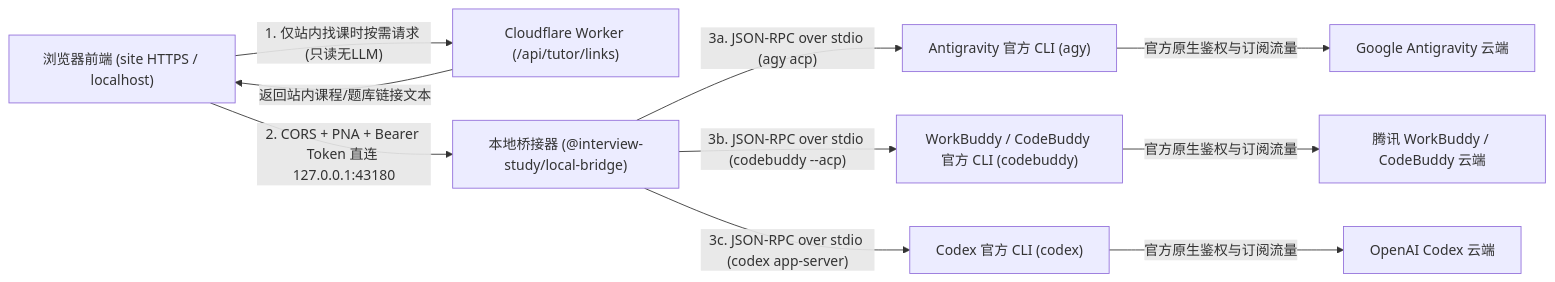
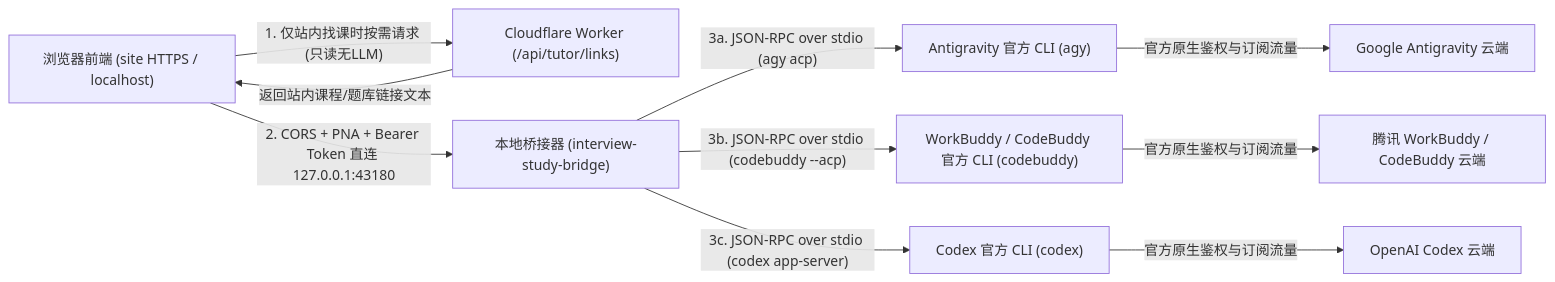
Before and after one commit to Ethan-Wanng/interview-study-room: the diagram in docs/local-agent-bridge-vibe-coding.md, drawn with Mermaid. The commit also changed other lines of this file and 6 other files, not shown here.

Commit message:
feat: publish interview-study-bridge to npm and add connection guide (v2026.11.25-4)

````diff
--- a/docs/local-agent-bridge-vibe-coding.md
+++ b/docs/local-agent-bridge-vibe-coding.md
@@ -28,12 +28,12 @@
 ```mermaid
 flowchart LR
     U["浏览器前端 (site HTTPS / localhost)"] -->|"1. 仅站内找课时按需请求 (只读无LLM)"| CF["Cloudflare Worker (/api/tutor/links)"]
     CF -->|"返回站内课程/题库链接文本"| U
-    U -->|"2. CORS + PNA + Bearer Token 直连 127.0.0.1:43180"| B["本地桥接器 (@interview-study/local-bridge)"]
+    U -->|"2. CORS + PNA + Bearer Token 直连 127.0.0.1:43180"| B["本地桥接器 (interview-study-bridge)"]
     B -->|"3a. JSON-RPC over stdio (agy acp)"| AGY["Antigravity 官方 CLI (agy)"]
     B -->|"3b. JSON-RPC over stdio (codebuddy --acp)"| WB["WorkBuddy / CodeBuddy 官方 CLI (codebuddy)"]
     B -->|"3c. JSON-RPC over stdio (codex app-server)"| CDX["Codex 官方 CLI (codex)"]
     AGY -->|"官方原生鉴权与订阅流量"| GCloud["Google Antigravity 云端"]
     WB -->|"官方原生鉴权与订阅流量"| TCloud["腾讯 WorkBuddy / CodeBuddy 云端"]
     CDX -->|"官方原生鉴权与订阅流量"| OCloud["OpenAI Codex 云端"]
 ```
````
